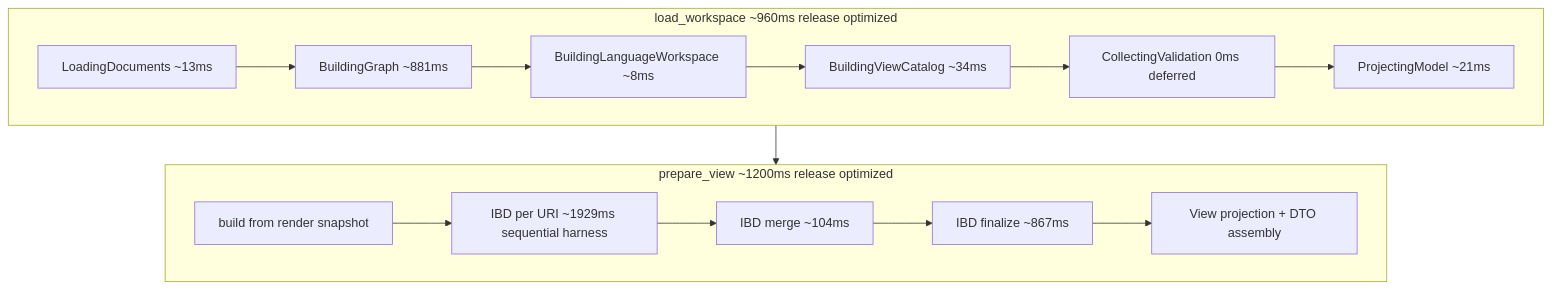
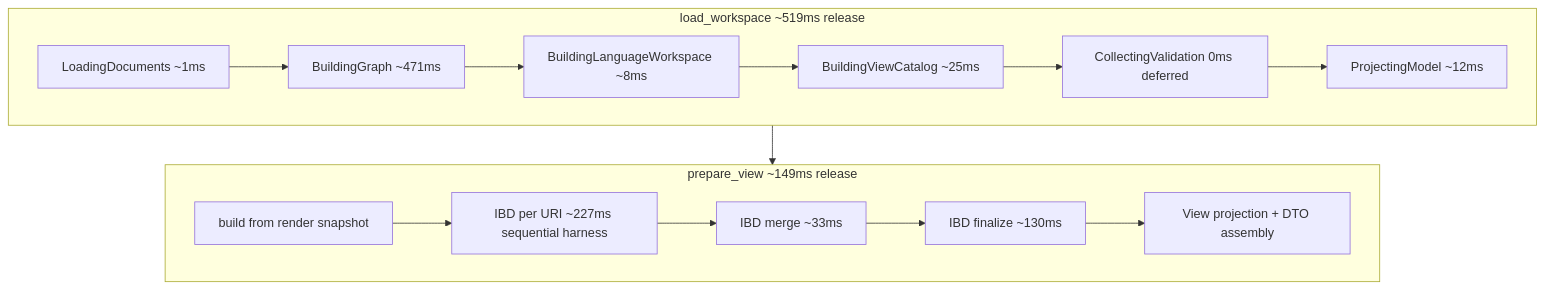
One commit to elan8/spec42 changed the diagram in docs/engineering/ROBOT-VACUUM-PERFORMANCE-ANALYSIS.md. Above: the diagram before and after it, drawn with Mermaid. The commit also changed other lines of this file and 6 other files, not shown here.

First line of the commit message:
Enhance semantic graph query performance and structure

````diff
--- a/docs/engineering/ROBOT-VACUUM-PERFORMANCE-ANALYSIS.md
+++ b/docs/engineering/ROBOT-VACUUM-PERFORMANCE-ANALYSIS.md
@@ -95,17 +96,17 @@
 ```mermaid
 flowchart TB
-  subgraph load [load_workspace ~960ms release optimized]
-    A[LoadingDocuments ~13ms] --> B[BuildingGraph ~881ms]
+  subgraph load [load_workspace ~519ms release]
+    A[LoadingDocuments ~1ms] --> B[BuildingGraph ~471ms]
     B --> C[BuildingLanguageWorkspace ~8ms]
-    C --> D[BuildingViewCatalog ~34ms]
+    C --> D[BuildingViewCatalog ~25ms]
     D --> E[CollectingValidation 0ms deferred]
-    E --> F[ProjectingModel ~21ms]
+    E --> F[ProjectingModel ~12ms]
   end
-  subgraph view [prepare_view ~1200ms release optimized]
-    G[build from render snapshot] --> H[IBD per URI ~1929ms sequential harness]
-    H --> I[IBD merge ~104ms]
-    I --> J[IBD finalize ~867ms]
+  subgraph view [prepare_view ~149ms release]
+    G[build from render snapshot] --> H[IBD per URI ~227ms sequential harness]
+    H --> I[IBD merge ~33ms]
+    I --> J[IBD finalize ~130ms]
     J --> K[View projection + DTO assembly]
   end
   load --> view
 ```
````
